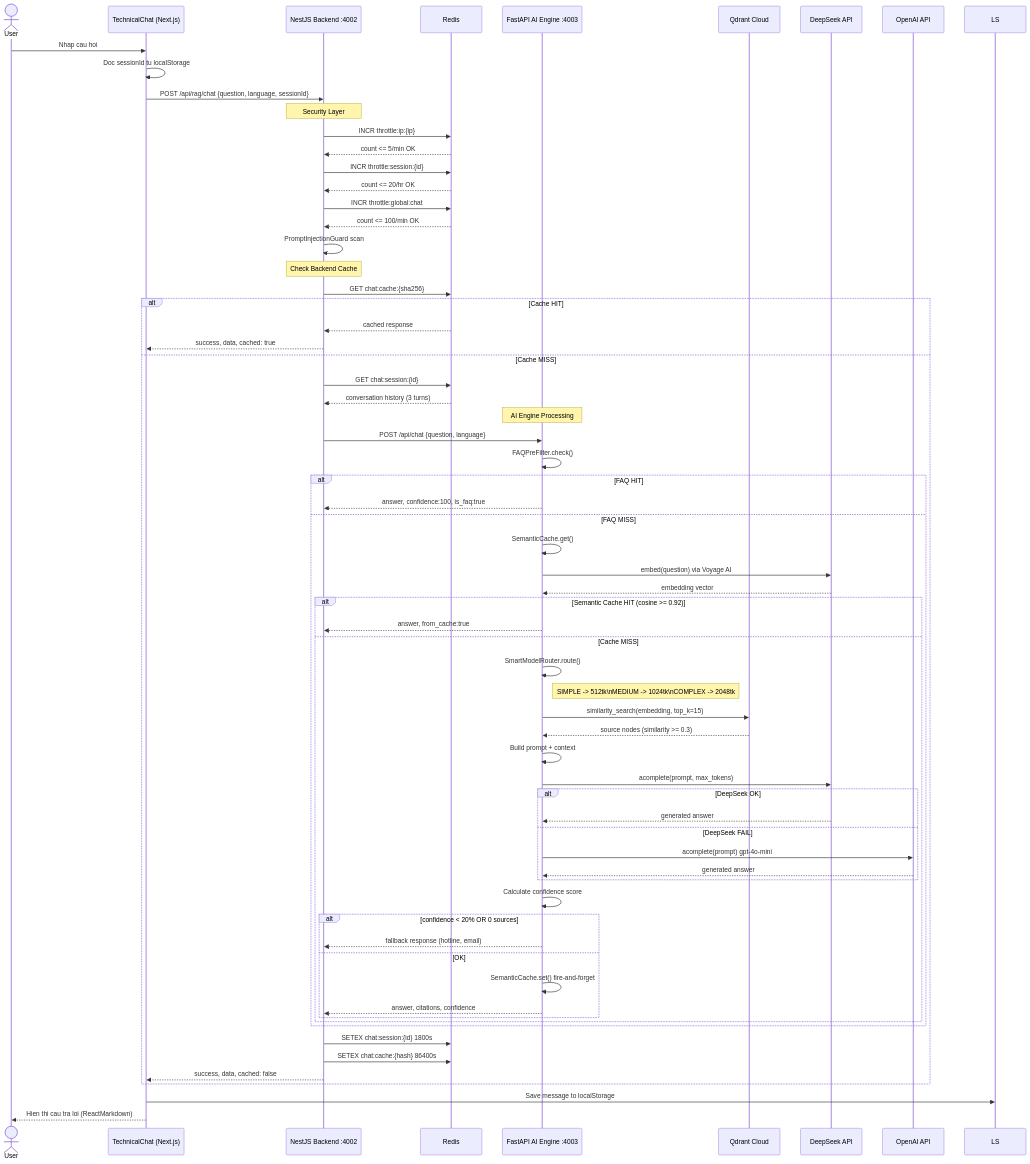
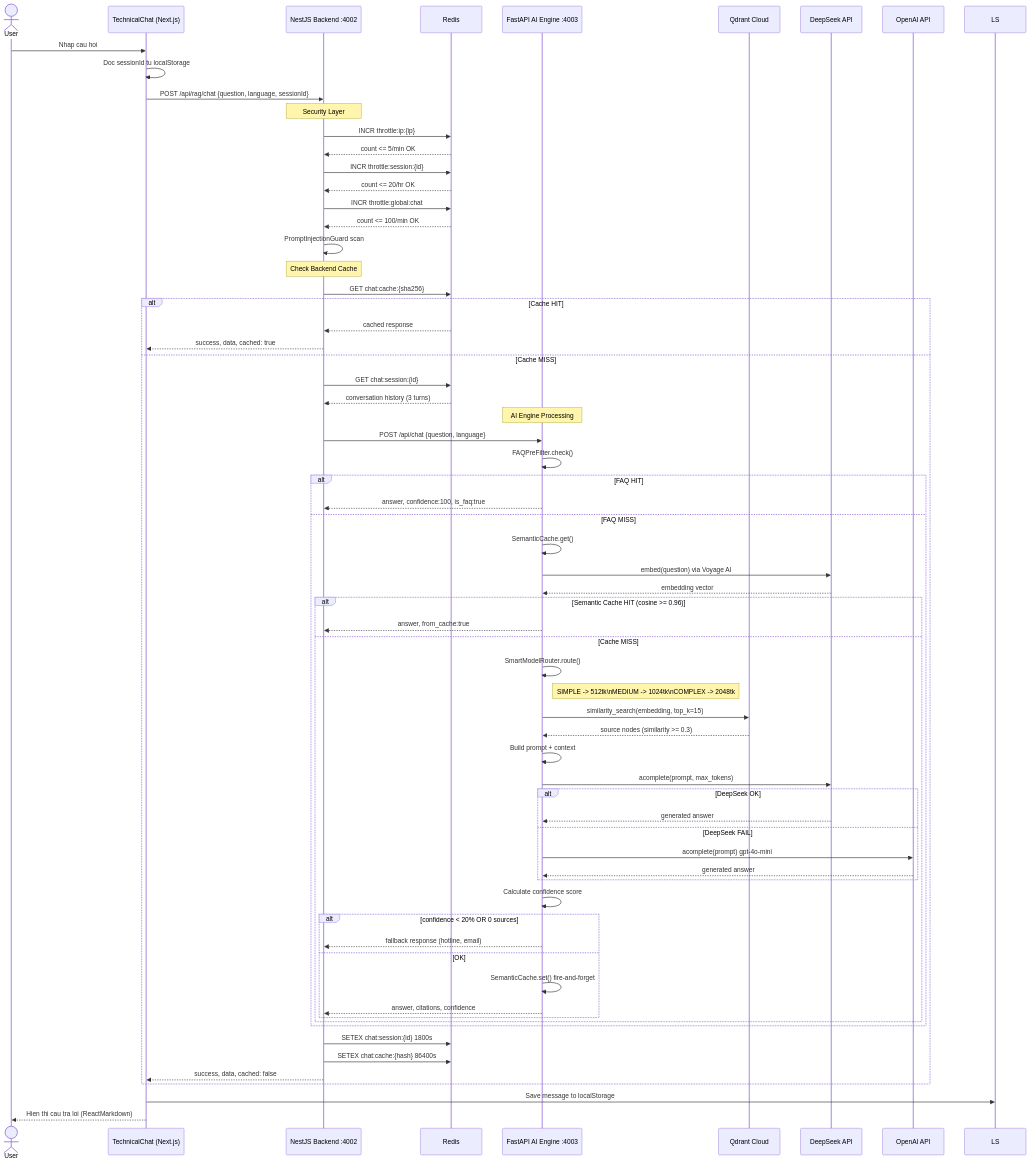
One commit to truongvinhkhuong/tdh-tte changed the second of 15 diagrams in docs/ai-engine/chatbot-diagrams.md. Above: the diagram before and after it, drawn with Mermaid. The commit also changed other lines of this file and 23 other files, not shown here.

````diff
--- a/docs/ai-engine/chatbot-diagrams.md
+++ b/docs/ai-engine/chatbot-diagrams.md
@@ -88,76 +88,76 @@
 ```mermaid
 sequenceDiagram
     actor User
     participant FE as TechnicalChat (Next.js)
     participant BK as NestJS Backend :4002
     participant RD as Redis
     participant AI as FastAPI AI Engine :4003
     participant QD as Qdrant Cloud
     participant DS as DeepSeek API
     participant OAI as OpenAI API
 
     User->>FE: Nhap cau hoi
     FE->>FE: Doc sessionId tu localStorage
     FE->>BK: POST /api/rag/chat {question, language, sessionId}
 
     Note over BK: Security Layer
     BK->>RD: INCR throttle:ip:{ip}
     RD-->>BK: count <= 5/min OK
     BK->>RD: INCR throttle:session:{id}
     RD-->>BK: count <= 20/hr OK
     BK->>RD: INCR throttle:global:chat
     RD-->>BK: count <= 100/min OK
     BK->>BK: PromptInjectionGuard scan
 
     Note over BK: Check Backend Cache
     BK->>RD: GET chat:cache:{sha256}
     alt Cache HIT
         RD-->>BK: cached response
         BK-->>FE: success, data, cached: true
     else Cache MISS
         BK->>RD: GET chat:session:{id}
         RD-->>BK: conversation history (3 turns)
 
         Note over AI: AI Engine Processing
         BK->>AI: POST /api/chat {question, language}
 
         AI->>AI: FAQPreFilter.check()
         alt FAQ HIT
             AI-->>BK: answer, confidence:100, is_faq:true
         else FAQ MISS
             AI->>AI: SemanticCache.get()
             AI->>DS: embed(question) via Voyage AI
             DS-->>AI: embedding vector
-            alt Semantic Cache HIT (cosine >= 0.92)
+            alt Semantic Cache HIT (cosine >= 0.96)
                 AI-->>BK: answer, from_cache:true
             else Cache MISS
                 AI->>AI: SmartModelRouter.route()
                 Note right of AI: SIMPLE -> 512tk\nMEDIUM -> 1024tk\nCOMPLEX -> 2048tk
                 AI->>QD: similarity_search(embedding, top_k=15)
                 QD-->>AI: source nodes (similarity >= 0.3)
                 AI->>AI: Build prompt + context
                 AI->>DS: acomplete(prompt, max_tokens)
                 alt DeepSeek OK
                     DS-->>AI: generated answer
                 else DeepSeek FAIL
                     AI->>OAI: acomplete(prompt) gpt-4o-mini
                     OAI-->>AI: generated answer
                 end
                 AI->>AI: Calculate confidence score
                 alt confidence < 20% OR 0 sources
                     AI-->>BK: fallback response (hotline, email)
                 else OK
                     AI->>AI: SemanticCache.set() fire-and-forget
                     AI-->>BK: answer, citations, confidence
                 end
             end
         end
 
         BK->>RD: SETEX chat:session:{id} 1800s
         BK->>RD: SETEX chat:cache:{hash} 86400s
         BK-->>FE: success, data, cached: false
     end
 
     FE->>LS: Save message to localStorage
     FE-->>User: Hien thi cau tra loi (ReactMarkdown)
 ```
````
